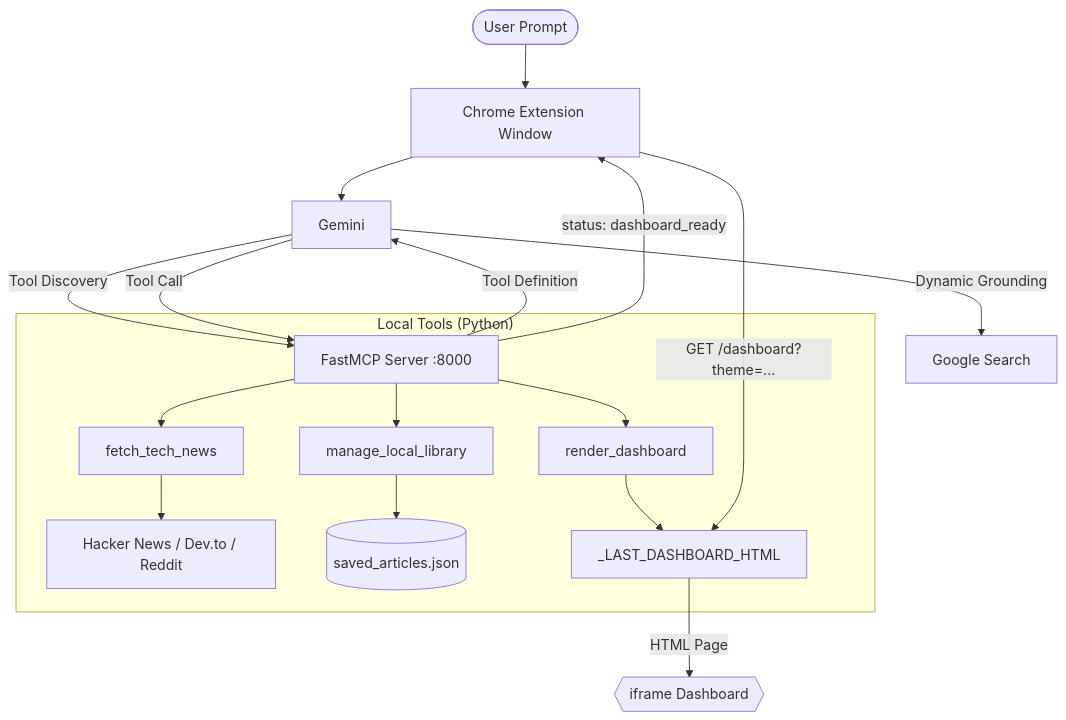
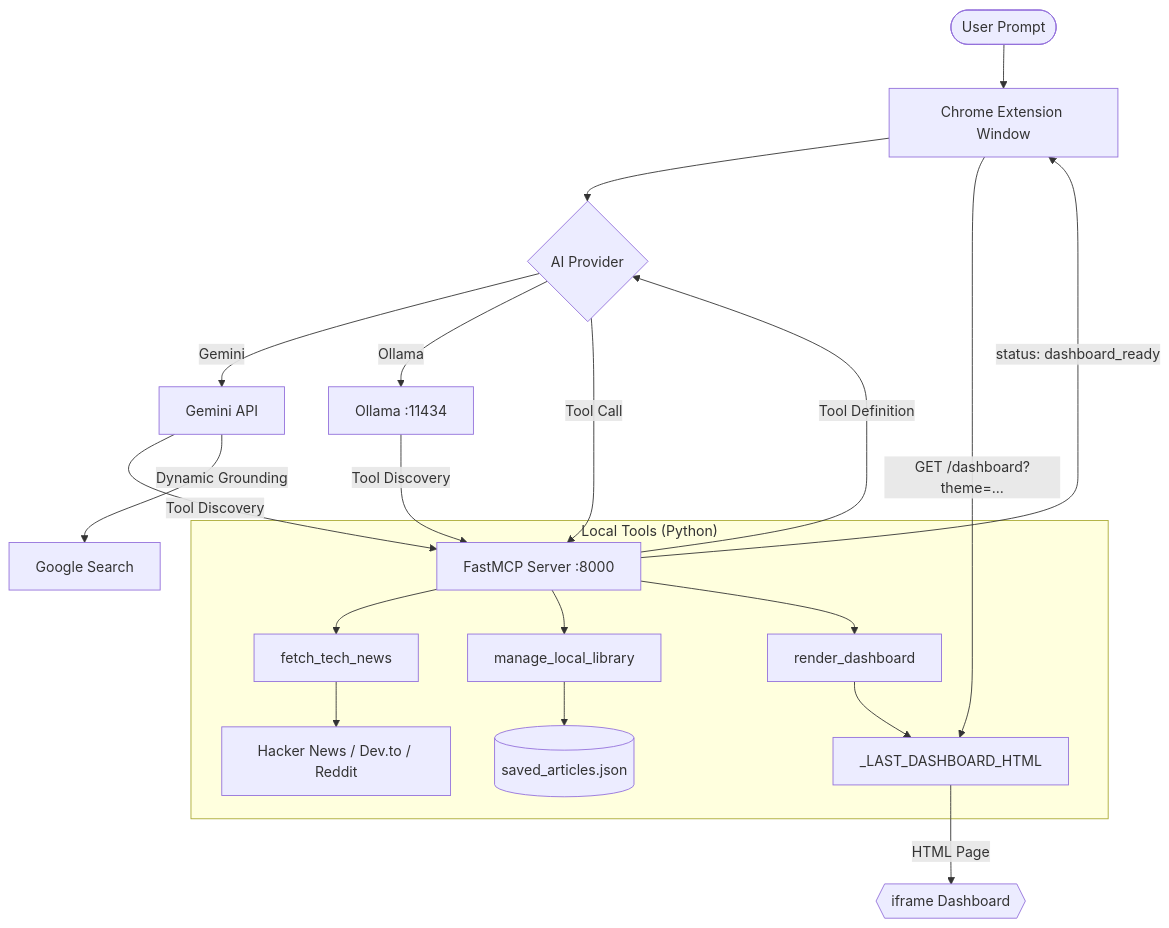
One commit to swapniel99/intel-agent changed the diagram in README.md. Above: the diagram before and after it, drawn with Mermaid. The commit also changed other lines of this file and 1 other file, not shown here.

Commit message:
feat: add Ollama provider support, implement provider abstraction, and add environment configuration files.

````diff
--- a/README.md
+++ b/README.md
@@ -27,22 +28,25 @@
 ```mermaid
 graph TD
     User([User Prompt]) --> Extension[Chrome Extension Window]
-    Extension --> Gemini
-    Gemini -- Tool Discovery --> FastMCP[FastMCP Server :8000]
-    FastMCP -- Tool Definition --> Gemini
+    Extension --> Provider{AI Provider}
+    Provider -- Gemini --> GeminiAPI[Gemini API]
+    Provider -- Ollama --> OllamaAPI[Ollama :11434]
+    GeminiAPI -- Tool Discovery --> FastMCP[FastMCP Server :8000]
+    OllamaAPI -- Tool Discovery --> FastMCP
+    FastMCP -- Tool Definition --> Provider
 
     subgraph "Local Tools (Python)"
         FastMCP --> T1[fetch_tech_news]
         FastMCP --> T2[manage_local_library]
         FastMCP --> T3[render_dashboard]
         T1 --> HN[Hacker News / Dev.to / Reddit]
         T2 --> JSON[(saved_articles.json)]
         T3 --> Cache[_LAST_DASHBOARD_HTML]
     end
 
-    Gemini -- Dynamic Grounding --> Google[Google Search]
-    Gemini -- Tool Call --> FastMCP
+    GeminiAPI -- Dynamic Grounding --> Google[Google Search]
+    Provider -- Tool Call --> FastMCP
     FastMCP -- status: dashboard_ready --> Extension
     Extension -- GET /dashboard?theme=... --> Cache
     Cache -- HTML Page --> Dashboard{{iframe Dashboard}}
 ```
````
